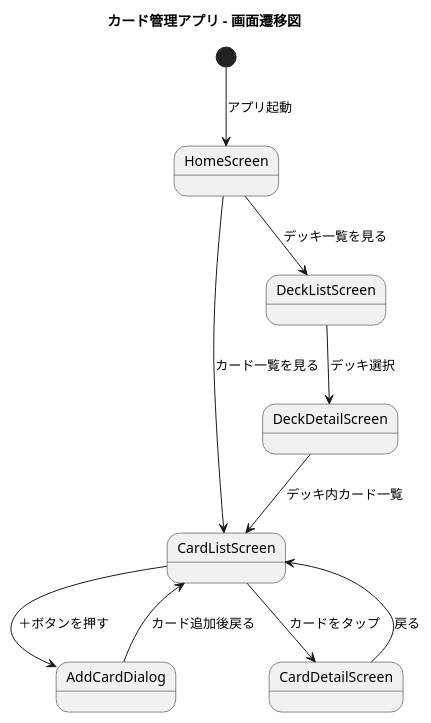
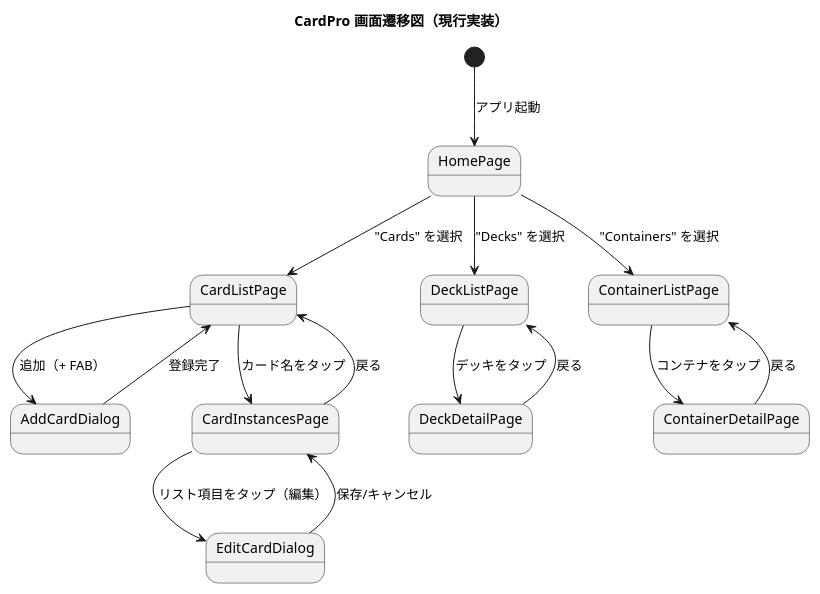
The first of 2 diagrams in docs/uml/screenl_flow.puml (nilg5120/cardproFlutter), drawn with PlantUML before and after one commit. The commit also changed other lines of this file and 3 other files, not shown here.

First line of the commit message:
feat: 画面遷移図とカードインスタンスページの表示を改善

```diff
--- a/docs/uml/screenl_flow.puml
+++ b/docs/uml/screenl_flow.puml
@@ -1,16 +1,24 @@
 @startuml
-title カード管理アプリ - 画面遷移図
+title CardPro 画面遷移図（現行実装）
 
-[*] --> HomeScreen : アプリ起動
-HomeScreen --> CardListScreen : カード一覧を見る
-CardListScreen --> AddCardDialog : ＋ボタンを押す
-AddCardDialog --> CardListScreen : カード追加後戻る
+[*] --> HomePage : アプリ起動
 
-CardListScreen --> CardDetailScreen : カードをタップ
-CardDetailScreen --> CardListScreen : 戻る
+HomePage --> CardListPage : "Cards" を選択
+HomePage --> DeckListPage : "Decks" を選択
+HomePage --> ContainerListPage : "Containers" を選択
 
-HomeScreen --> DeckListScreen : デッキ一覧を見る
-DeckListScreen --> DeckDetailScreen : デッキ選択
-DeckDetailScreen --> CardListScreen : デッキ内カード一覧
+CardListPage --> AddCardDialog : 追加（+ FAB）
+AddCardDialog --> CardListPage : 登録完了
+
+CardListPage --> CardInstancesPage : カード名をタップ
+CardInstancesPage --> EditCardDialog : リスト項目をタップ（編集）
+EditCardDialog --> CardInstancesPage : 保存/キャンセル
+CardInstancesPage --> CardListPage : 戻る
+
+DeckListPage --> DeckDetailPage : デッキをタップ
+DeckDetailPage --> DeckListPage : 戻る
+
+ContainerListPage --> ContainerDetailPage : コンテナをタップ
+ContainerDetailPage --> ContainerListPage : 戻る
 
 @enduml
```
